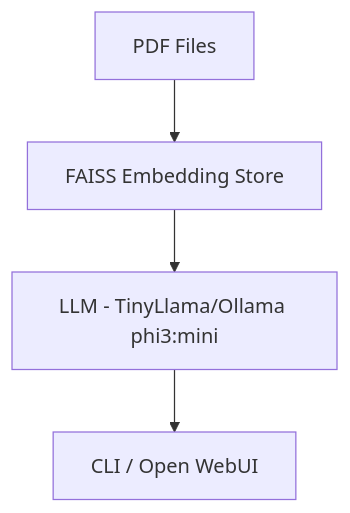
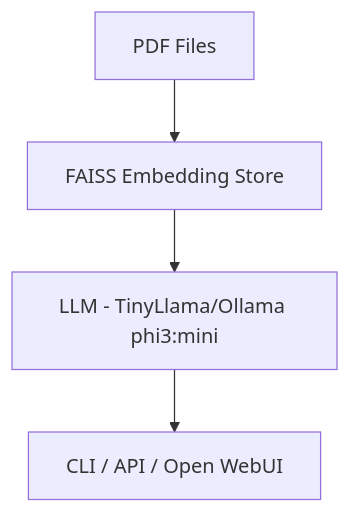
One commit to NayanEupho/IPR_RAG_Chat changed the diagram in README.md. Above: the diagram before and after it, drawn with Mermaid.

Commit message:
just another small formating fix in diagram section of README.md.

````diff
--- a/README.md
+++ b/README.md
@@ -24,6 +24,6 @@
 ```mermaid
 graph TD;
     A[PDF Files] --> B[FAISS Embedding Store];
     B --> C[LLM - TinyLlama/Ollama phi3:mini];
-    C --> D[CLI / Open WebUI];
+    C --> D[CLI / API / Open WebUI];
 ```
````
